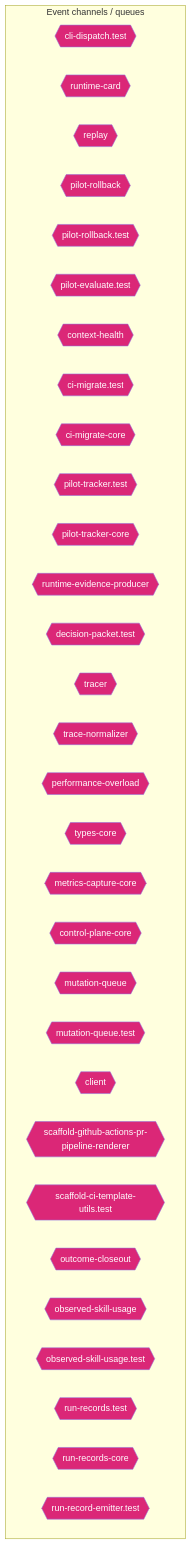
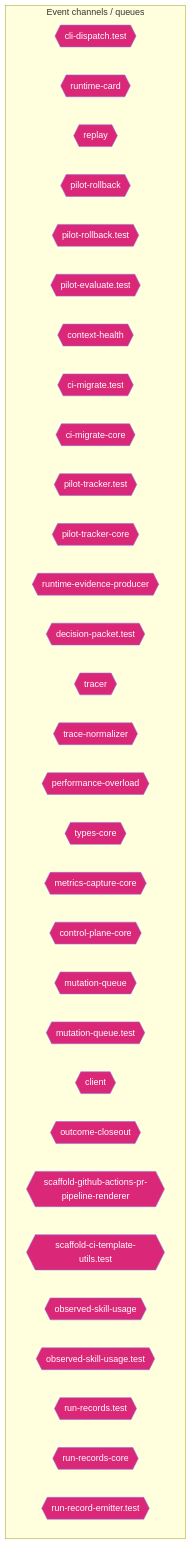
The ninth of 14 diagrams in AI/context/diagram-context.md (jscraik/coding-harness), drawn with Mermaid before and after one commit. The commit also changed other lines of this file and 60 other files, not shown here.

````diff
--- a/AI/context/diagram-context.md
+++ b/AI/context/diagram-context.md
@@ -1615,38 +1633,38 @@
 ```mermaid
 flowchart TD
   subgraph Channels["Event channels / queues"]
     cli_dispatch_test_54c9f17b{{"cli-dispatch.test"}}
     runtime_card_e06b53e1{{"runtime-card"}}
     replay_ac203c98{{"replay"}}
     pilot_rollback_00c1f82c{{"pilot-rollback"}}
     pilot_rollback_test_e61d5a2b{{"pilot-rollback.test"}}
     pilot_evaluate_test_a2ac06fc{{"pilot-evaluate.test"}}
     context_health_80bb7da9{{"context-health"}}
     ci_migrate_test_2a015bb9{{"ci-migrate.test"}}
     ci_migrate_core_7005b5af{{"ci-migrate-core"}}
     pilot_tracker_test_80398a66{{"pilot-tracker.test"}}
     pilot_tracker_core_80d8ac96{{"pilot-tracker-core"}}
     runtime_evidence_producer_ea388cb5{{"runtime-evidence-producer"}}
     decision_packet_test_9ea0e97b{{"decision-packet.test"}}
     tracer_1e6243a2{{"tracer"}}
     trace_normalizer_cb1be1d2{{"trace-normalizer"}}
     performance_overload_c685bfcf{{"performance-overload"}}
     types_core_e405ddca{{"types-core"}}
     metrics_capture_core_db4bf7cf{{"metrics-capture-core"}}
     control_plane_core_db3b4cb2{{"control-plane-core"}}
     mutation_queue_ce5a530e{{"mutation-queue"}}
     mutation_queue_test_10b599e8{{"mutation-queue.test"}}
     client_1_914e1681{{"client"}}
+    outcome_closeout_ba497ec2{{"outcome-closeout"}}
     scaffold_github_actions_pr_pipeline_renderer_1ee18de5{{"scaffold-github-actions-pr-pipeline-renderer"}}
     scaffold_ci_template_utils_test_b94825d9{{"scaffold-ci-template-utils.test"}}
-    outcome_closeout_ba497ec2{{"outcome-closeout"}}
     observed_skill_usage_ed7d5930{{"observed-skill-usage"}}
     observed_skill_usage_test_311c215a{{"observed-skill-usage.test"}}
     run_records_test_3ee6a0e3{{"run-records.test"}}
     run_records_core_89286dfa{{"run-records-core"}}
     run_record_emitter_test_5475c0da{{"run-record-emitter.test"}}
   end
   classDef eventNode fill:#db2777,color:#fff
-  class cli_dispatch_test_54c9f17b,runtime_card_e06b53e1,replay_ac203c98,pilot_rollback_00c1f82c,pilot_rollback_test_e61d5a2b,pilot_evaluate_test_a2ac06fc,context_health_80bb7da9,ci_migrate_test_2a015bb9,ci_migrate_core_7005b5af,pilot_tracker_test_80398a66,pilot_tracker_core_80d8ac96,runtime_evidence_producer_ea388cb5,decision_packet_test_9ea0e97b,tracer_1e6243a2,trace_normalizer_cb1be1d2,performance_overload_c685bfcf,types_core_e405ddca,metrics_capture_core_db4bf7cf,control_plane_core_db3b4cb2,mutation_queue_ce5a530e,mutation_queue_test_10b599e8,client_1_914e1681,scaffold_github_actions_pr_pipeline_renderer_1ee18de5,scaffold_ci_template_utils_test_b94825d9,outcome_closeout_ba497ec2,observed_skill_usage_ed7d5930,observed_skill_usage_test_311c215a,run_records_test_3ee6a0e3,run_records_core_89286dfa,run_record_emitter_test_5475c0da eventNode
+  class cli_dispatch_test_54c9f17b,runtime_card_e06b53e1,replay_ac203c98,pilot_rollback_00c1f82c,pilot_rollback_test_e61d5a2b,pilot_evaluate_test_a2ac06fc,context_health_80bb7da9,ci_migrate_test_2a015bb9,ci_migrate_core_7005b5af,pilot_tracker_test_80398a66,pilot_tracker_core_80d8ac96,runtime_evidence_producer_ea388cb5,decision_packet_test_9ea0e97b,tracer_1e6243a2,trace_normalizer_cb1be1d2,performance_overload_c685bfcf,types_core_e405ddca,metrics_capture_core_db4bf7cf,control_plane_core_db3b4cb2,mutation_queue_ce5a530e,mutation_queue_test_10b599e8,client_1_914e1681,outcome_closeout_ba497ec2,scaffold_github_actions_pr_pipeline_renderer_1ee18de5,scaffold_ci_template_utils_test_b94825d9,observed_skill_usage_ed7d5930,observed_skill_usage_test_311c215a,run_records_test_3ee6a0e3,run_records_core_89286dfa,run_record_emitter_test_5475c0da eventNode
 
 ```
````
